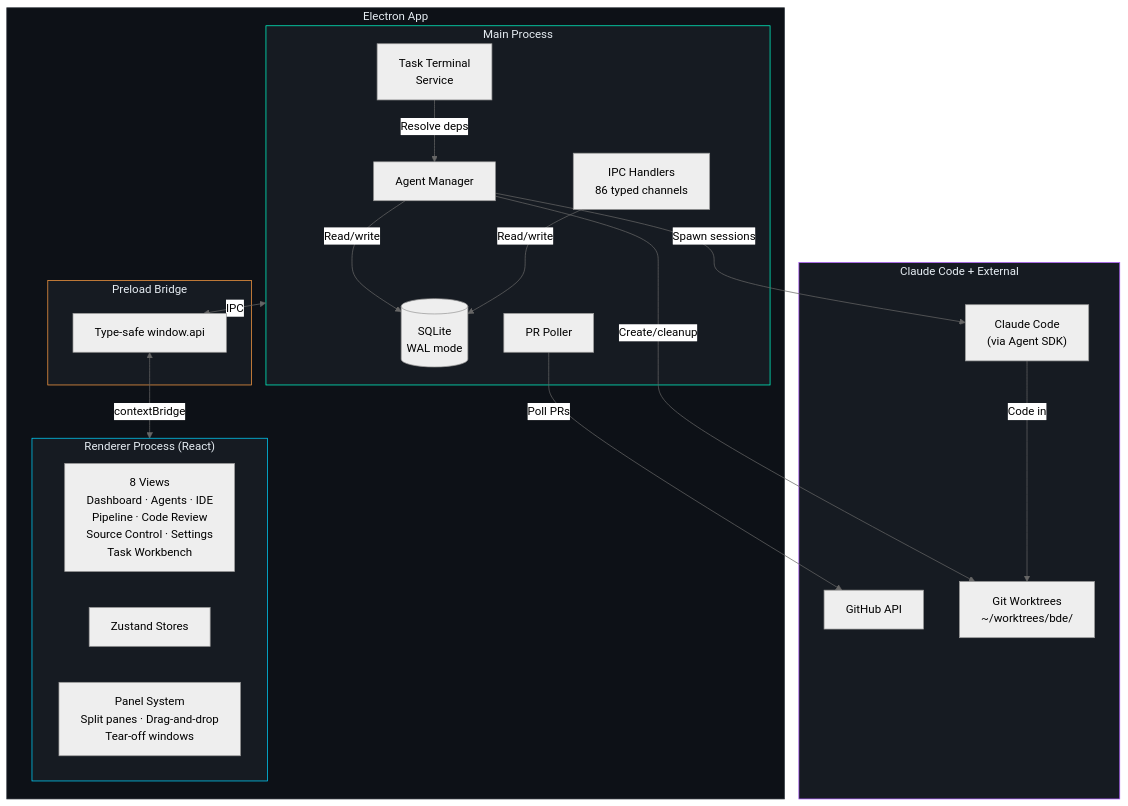
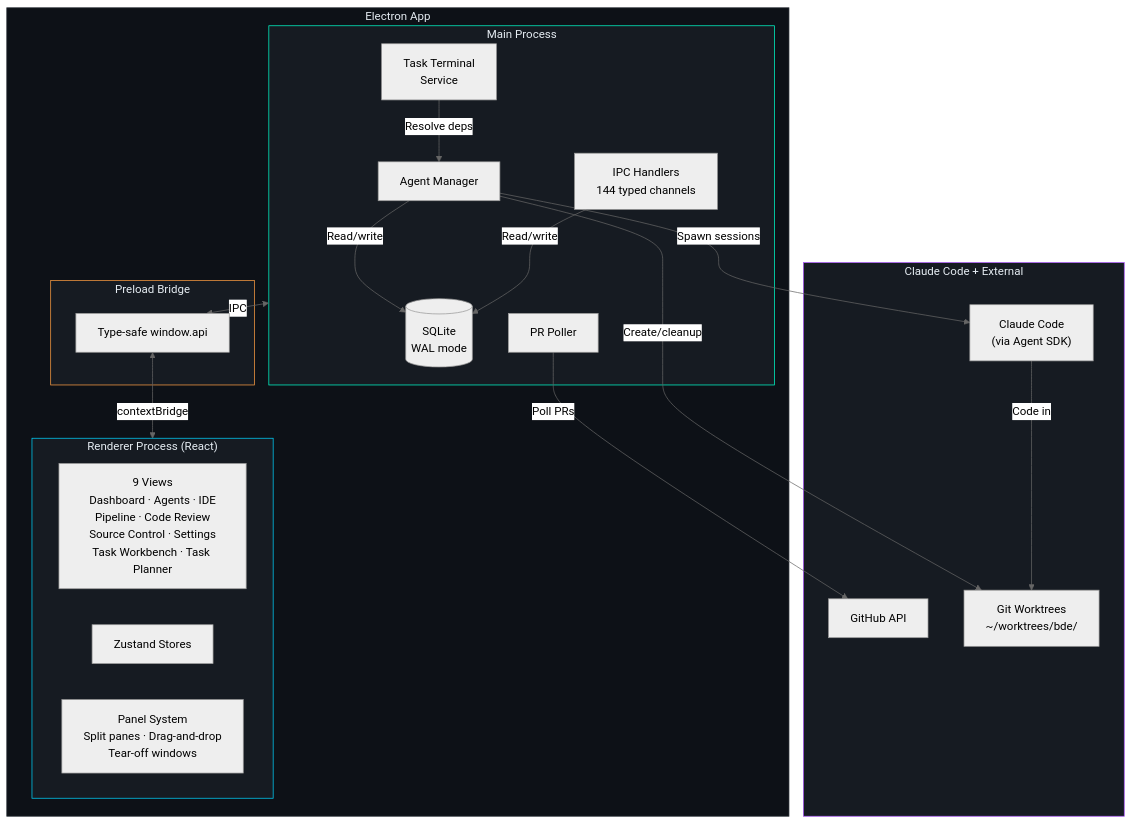
Before and after one commit to RyanJBirkeland/FLEET: the third of 4 diagrams in README.md, drawn with Mermaid (neutral theme). The commit also changed other lines of this file, not shown here.

First line of the commit message:
fix(docs): correct factual errors in README — clone URL, architecture counts, views table

````diff
--- a/README.md
+++ b/README.md
@@ -209,45 +209,45 @@
 ```mermaid
 graph TB
     subgraph Electron["Electron App"]
         subgraph Main["Main Process"]
             AM[Agent Manager]
             DB[(SQLite<br/>WAL mode)]
-            IPC[IPC Handlers<br/>86 typed channels]
+            IPC[IPC Handlers<br/>144 typed channels]
             PRP[PR Poller]
             TTS[Task Terminal<br/>Service]
         end
 
         subgraph Renderer["Renderer Process (React)"]
-            Views["8 Views<br/>Dashboard · Agents · IDE<br/>Pipeline · Code Review<br/>Source Control · Settings<br/>Task Workbench"]
+            Views["9 Views<br/>Dashboard · Agents · IDE<br/>Pipeline · Code Review<br/>Source Control · Settings<br/>Task Workbench · Task Planner"]
             Stores[Zustand Stores]
             Panels[Panel System<br/>Split panes · Drag-and-drop<br/>Tear-off windows]
         end
 
         subgraph Preload["Preload Bridge"]
             Bridge[Type-safe window.api]
         end
     end
 
     subgraph External["Claude Code + External"]
         SDK["Claude Code
         (via Agent SDK)"]
         GH[GitHub API]
         WT[Git Worktrees<br/>~/worktrees/bde/]
     end
 
     Main <-->|IPC| Bridge
     Bridge <-->|contextBridge| Renderer
     AM -->|"Spawn sessions"| SDK
     AM -->|Create/cleanup| WT
     SDK -->|Code in| WT
     PRP -->|Poll PRs| GH
     AM -->|Read/write| DB
     IPC -->|Read/write| DB
     TTS -->|Resolve deps| AM
 
     style Electron fill:#0d1117,stroke:#30363d,color:#e6edf3
     style Main fill:#161b22,stroke:#00ffcc,color:#e6edf3
     style Renderer fill:#161b22,stroke:#00d4ff,color:#e6edf3
     style Preload fill:#161b22,stroke:#ff9f43,color:#e6edf3
     style External fill:#161b22,stroke:#a855f7,color:#e6edf3
 ```
````
